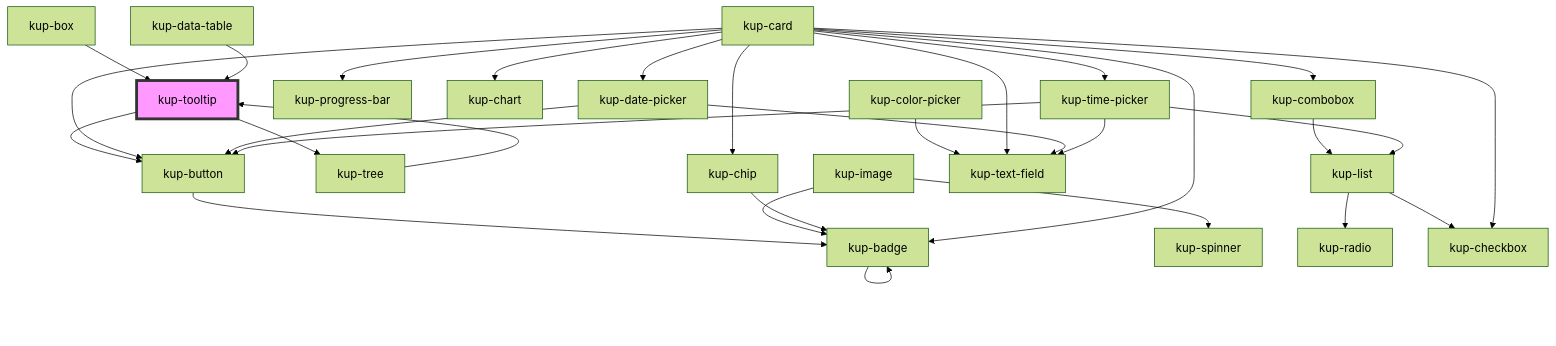
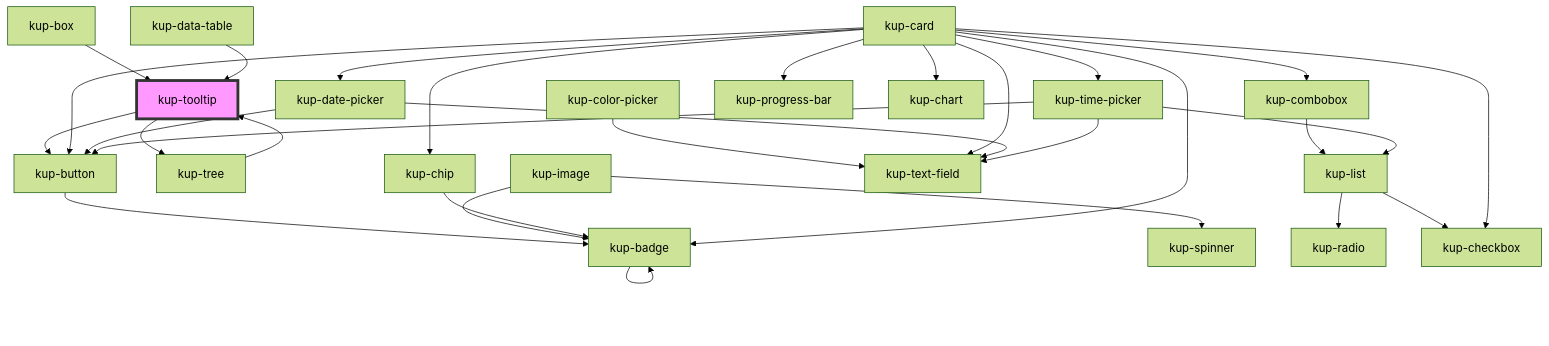
Before and after one commit to smeup/ketchup: the diagram in packages/ketchup/src/components/kup-tooltip/readme.md, drawn with Mermaid (forest theme). The commit also changed other lines of this file and 9 other files, not shown here.

````diff
--- a/packages/ketchup/src/components/kup-tooltip/readme.md
+++ b/packages/ketchup/src/components/kup-tooltip/readme.md
@@ -87,33 +87,33 @@
 ```mermaid
 graph TD;
   kup-tooltip --> kup-button
   kup-tooltip --> kup-tree
   kup-button --> kup-badge
   kup-badge --> kup-badge
   kup-tree --> kup-tooltip
   kup-image --> kup-spinner
   kup-image --> kup-badge
   kup-chip --> kup-badge
   kup-color-picker --> kup-text-field
   kup-list --> kup-radio
   kup-list --> kup-checkbox
   kup-card --> kup-chip
   kup-card --> kup-button
   kup-card --> kup-badge
-  kup-card --> kup-progress-bar
-  kup-card --> kup-chart
   kup-card --> kup-checkbox
   kup-card --> kup-combobox
   kup-card --> kup-date-picker
   kup-card --> kup-text-field
   kup-card --> kup-time-picker
+  kup-card --> kup-progress-bar
+  kup-card --> kup-chart
   kup-combobox --> kup-list
   kup-date-picker --> kup-text-field
   kup-date-picker --> kup-button
   kup-time-picker --> kup-text-field
   kup-time-picker --> kup-button
   kup-time-picker --> kup-list
   kup-box --> kup-tooltip
   kup-data-table --> kup-tooltip
   style kup-tooltip fill:#f9f,stroke:#333,stroke-width:4px
 ```
````
